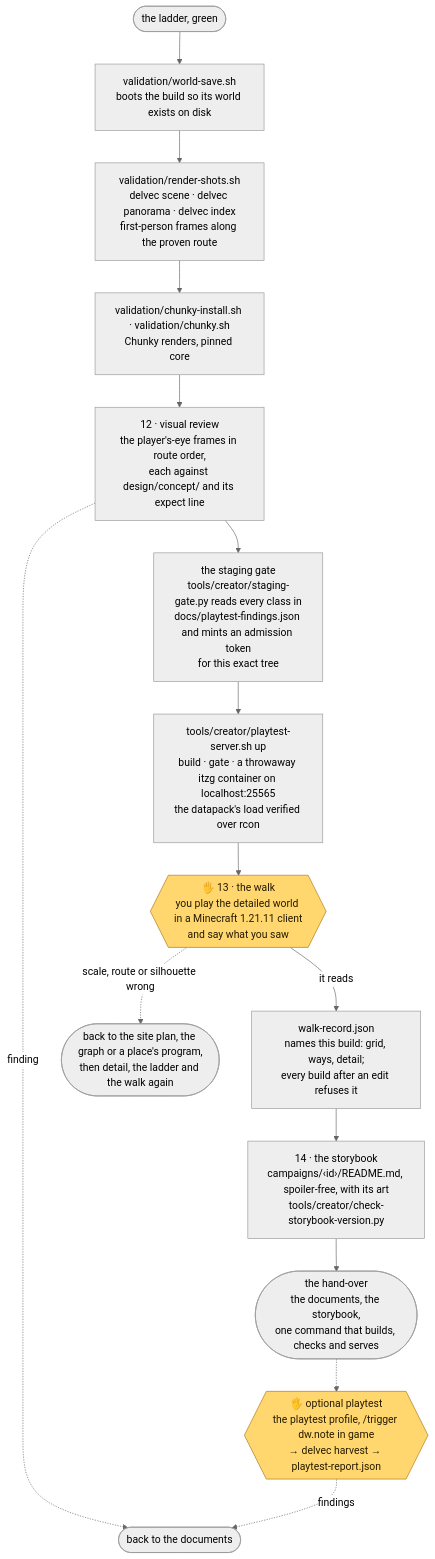
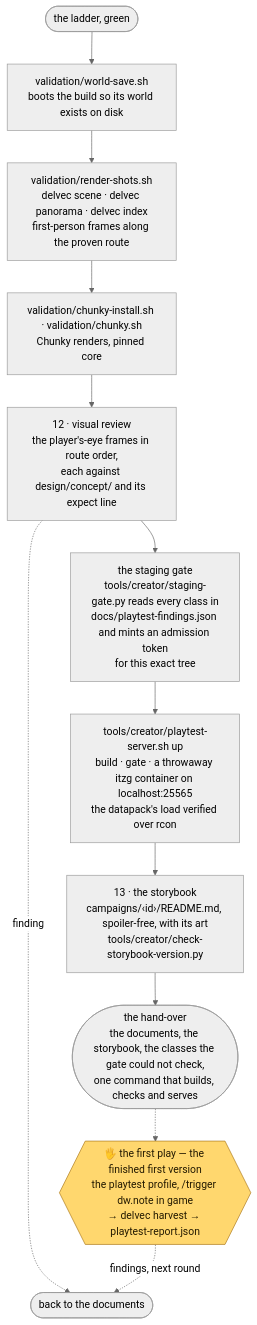
Before and after one commit to stellarfeline/delvewright: the sixth of 9 diagrams in docs/how-it-works.md, drawn with Mermaid (neutral theme). The commit also changed other lines of this file and 27 other files, not shown here.

````diff
--- a/docs/how-it-works.md
+++ b/docs/how-it-works.md
@@ -145,19 +145,16 @@
 ```mermaid
 flowchart TD
     G(["the ladder, green"]) --> WS2["validation/world-save.sh<br/>boots the build so its world exists on disk"]
     WS2 --> RS["validation/render-shots.sh<br/>delvec scene · delvec panorama · delvec index<br/>first-person frames along the proven route"]
     RS --> CK["validation/chunky-install.sh · validation/chunky.sh<br/>Chunky renders, pinned core"]
     CK --> VR["12 · visual review<br/>the player's-eye frames in route order,<br/>each against design/concept/ and its expect line"]
     VR -.->|"finding"| BACK(["back to the documents"])
     VR --> SG["the staging gate<br/>tools/creator/staging-gate.py reads every class in<br/>docs/playtest-findings.json and mints an admission token<br/>for this exact tree"]
     SG --> UP["tools/creator/playtest-server.sh up<br/>build · gate · a throwaway itzg container on localhost:25565<br/>the datapack's load verified over rcon"]
-    UP --> WALK{{"🖐 13 · the walk<br/>you play the detailed world in a Minecraft 1.21.11 client<br/>and say what you saw"}}:::human
-    WALK -.->|"scale, route or silhouette wrong"| REDO(["back to the site plan, the graph or a place's program,<br/>then detail, the ladder and the walk again"])
-    WALK -->|"it reads"| WR["walk-record.json<br/>names this build: grid, ways, detail;<br/>every build after an edit refuses it"]
-    WR --> HO["14 · the storybook<br/>campaigns/‹id›/README.md, spoiler-free, with its art<br/>tools/creator/check-storybook-version.py"]
-    HO --> OUT(["the hand-over<br/>the documents, the storybook,<br/>one command that builds, checks and serves"])
-    OUT -.-> PLAY{{"🖐 optional playtest<br/>the playtest profile, /trigger dw.note in game<br/>→ delvec harvest → playtest-report.json"}}:::human
-    PLAY -.->|"findings"| BACK
+    UP --> HO["13 · the storybook<br/>campaigns/‹id›/README.md, spoiler-free, with its art<br/>tools/creator/check-storybook-version.py"]
+    HO --> OUT(["the hand-over<br/>the documents, the storybook, the classes the gate could not check,<br/>one command that builds, checks and serves"])
+    OUT -.-> PLAY{{"🖐 the first play — the finished first version<br/>the playtest profile, /trigger dw.note in game<br/>→ delvec harvest → playtest-report.json"}}:::human
+    PLAY -.->|"findings, next round"| BACK
 
     classDef human fill:#ffd76e,stroke:#a9761a,color:#241a00
 ```
````
